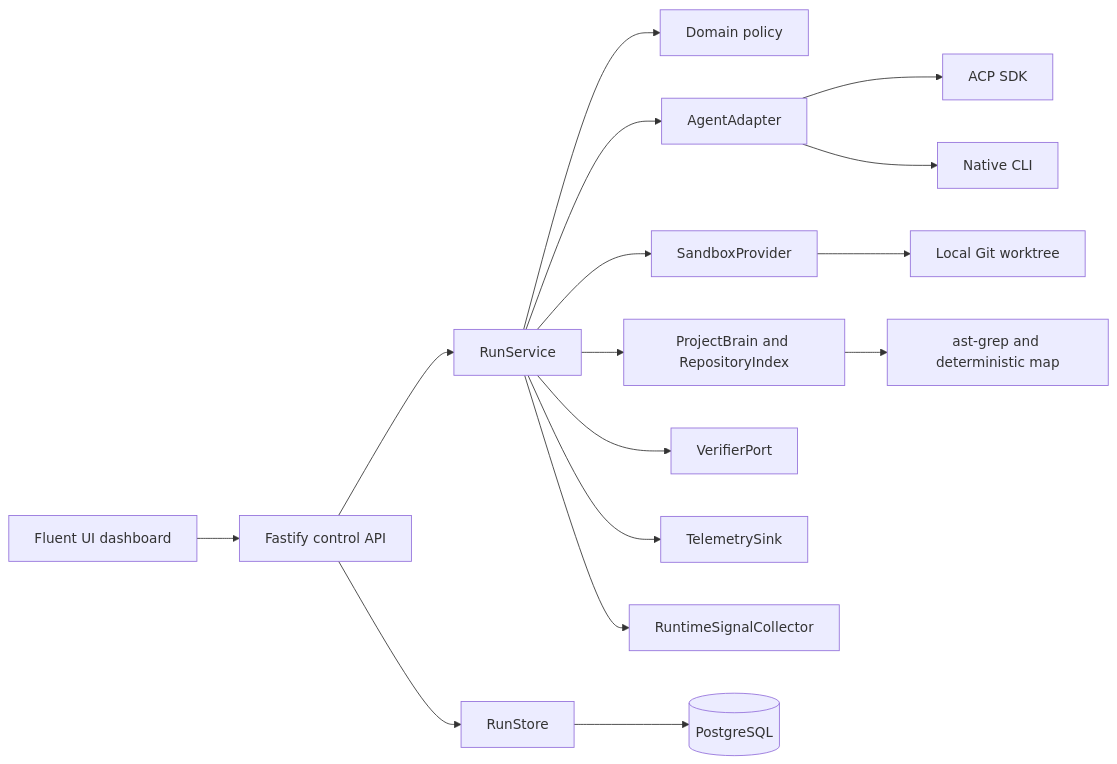
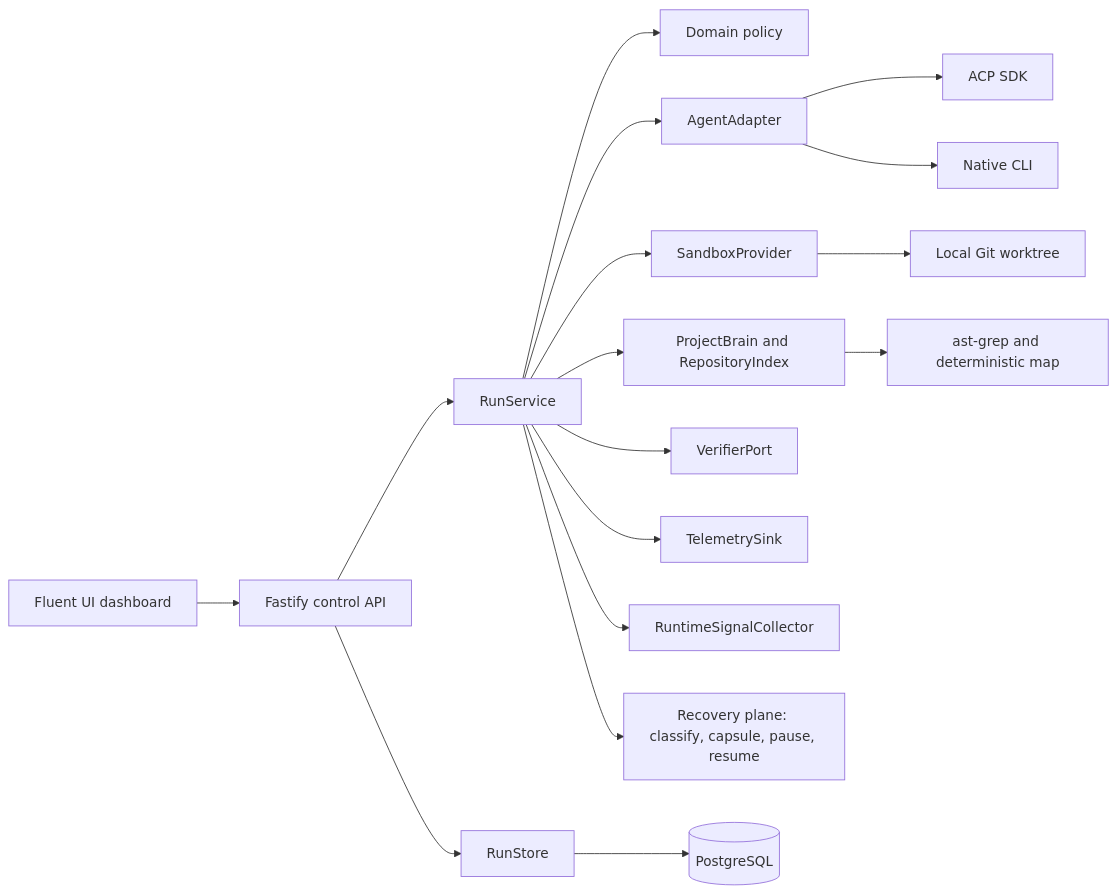
Before and after one commit to Duckz289/MAF: the diagram in ARCHITECTURE.md, drawn with Mermaid. The commit also changed other lines of this file and 18 other files, not shown here.

````diff
--- a/ARCHITECTURE.md
+++ b/ARCHITECTURE.md
@@ -6,18 +6,19 @@
 ```mermaid
 flowchart LR
   API[Fastify control API] --> RUN[RunService]
   UI[Fluent UI dashboard] --> API
   RUN --> CORE[Domain policy]
   RUN --> AGENT[AgentAdapter]
   RUN --> SANDBOX[SandboxProvider]
   RUN --> BRAIN[ProjectBrain and RepositoryIndex]
   RUN --> VERIFY[VerifierPort]
   RUN --> TELEMETRY[TelemetrySink]
   RUN --> SIGNALS[RuntimeSignalCollector]
+  RUN --> RECOVERY[Recovery plane: classify, capsule, pause, resume]
   AGENT --> ACP[ACP SDK]
   AGENT --> CLI[Native CLI]
   SANDBOX --> WORKTREE[Local Git worktree]
   BRAIN --> AST[ast-grep and deterministic map]
   API --> STORE[RunStore]
   STORE --> PG[(PostgreSQL)]
 ```
````
